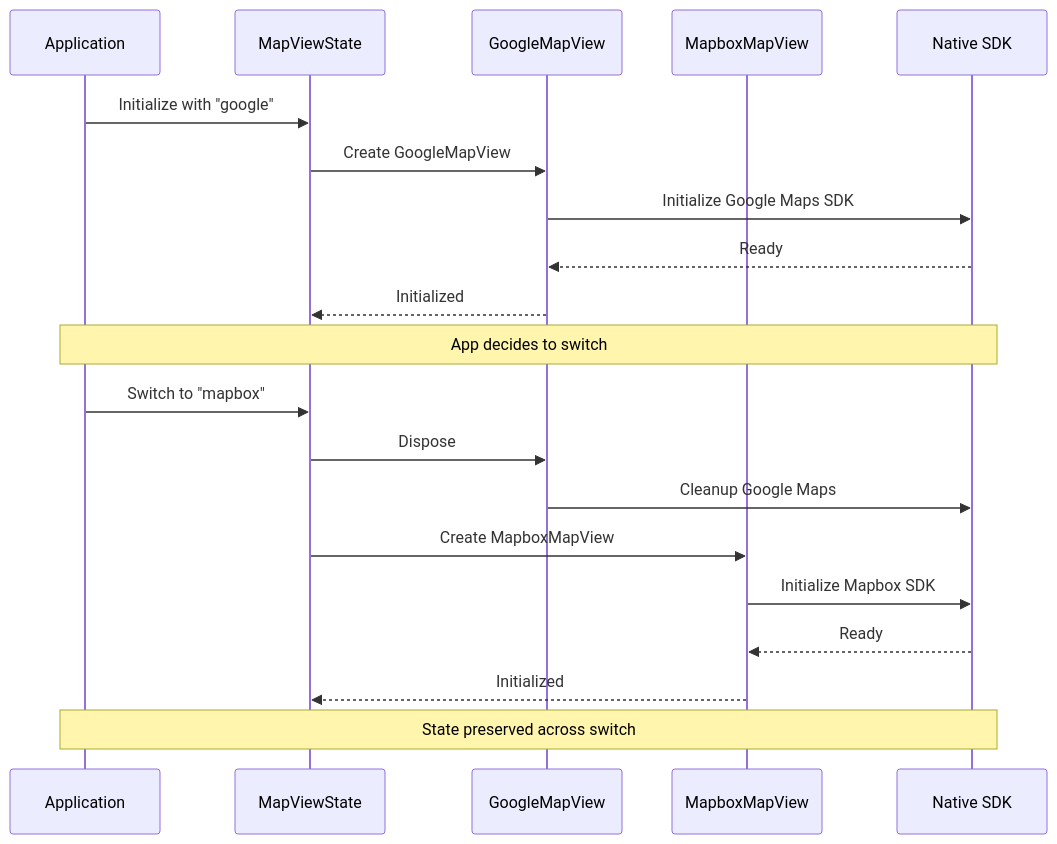
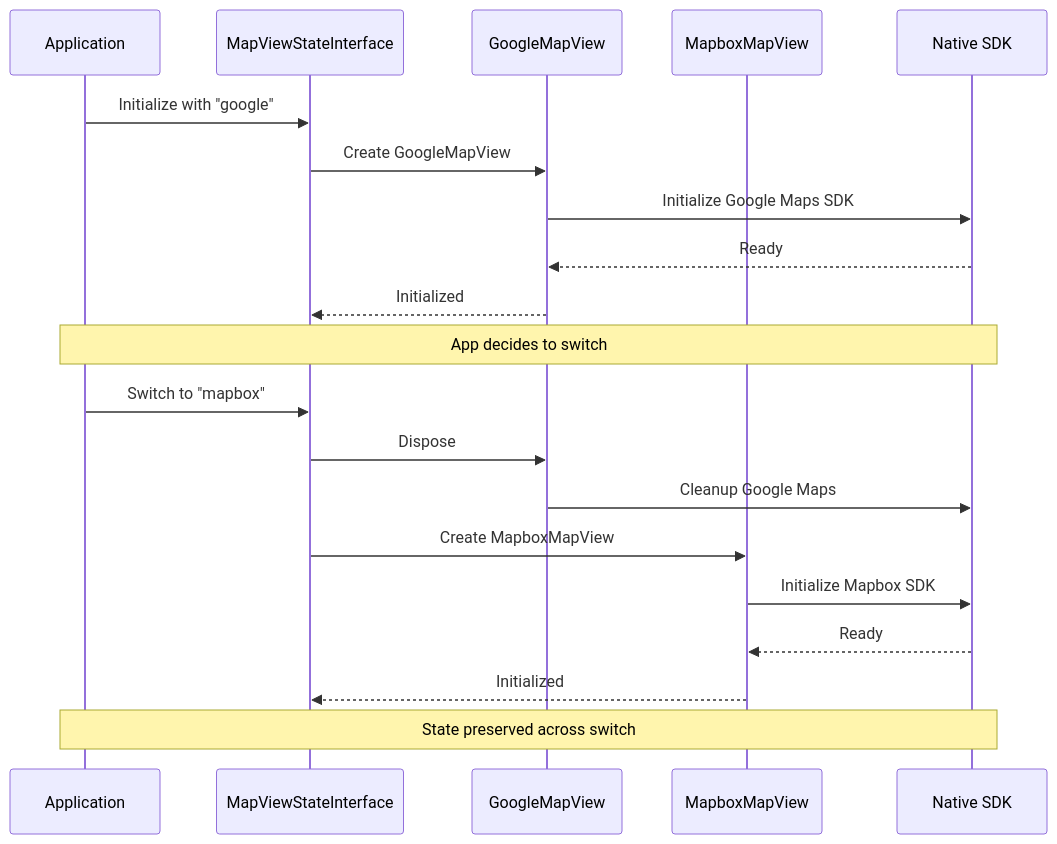
Diagram 11 of 11 in ARCHITECTURE.md (MapConductor/android-sdk), drawn with Mermaid before and after one commit. The commit also changed other lines of this file and 596 other files, not shown here.

````diff
--- a/ARCHITECTURE.md
+++ b/ARCHITECTURE.md
@@ -866,26 +866,26 @@
 ```mermaid
 sequenceDiagram
     participant App as Application
-    participant State as MapViewState
+    participant State as MapViewStateInterface
     participant Google as GoogleMapView
     participant Mapbox as MapboxMapView
     participant Native as Native SDK
 
     App->>State: Initialize with "google"
     State->>Google: Create GoogleMapView
     Google->>Native: Initialize Google Maps SDK
     Native-->>Google: Ready
     Google-->>State: Initialized
 
     Note over App,Native: App decides to switch
 
     App->>State: Switch to "mapbox"
     State->>Google: Dispose
     Google->>Native: Cleanup Google Maps
     State->>Mapbox: Create MapboxMapView
     Mapbox->>Native: Initialize Mapbox SDK
     Native-->>Mapbox: Ready
     Mapbox-->>State: Initialized
 
     Note over App,Native: State preserved across switch
 ```
````
